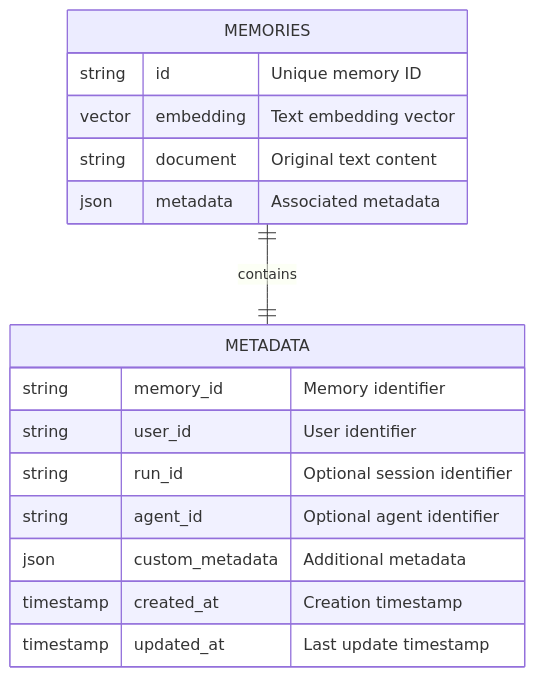
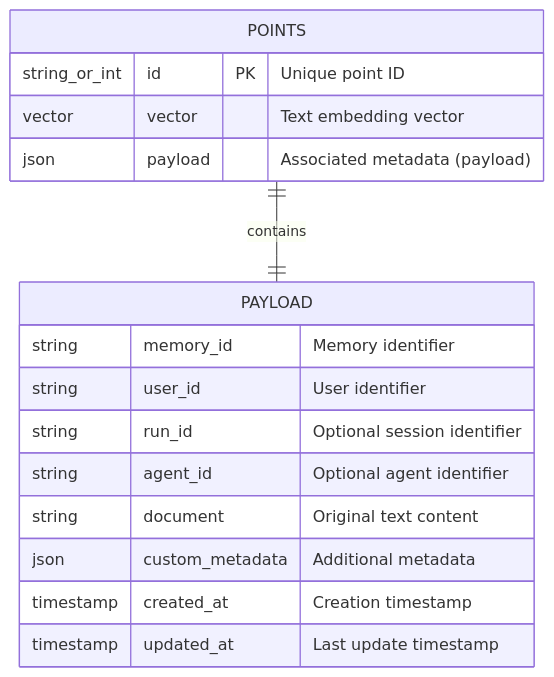
The eighth of 10 diagrams in dangeroo-mem0-mcp/docs/dangeroo-mcp-technical.md (darrynv/dangeroo), drawn with Mermaid before and after one commit. The commit also changed other lines of this file and 7 other files, not shown here.

````diff
--- a/dangeroo-mem0-mcp/docs/dangeroo-mcp-technical.md
+++ b/dangeroo-mem0-mcp/docs/dangeroo-mcp-technical.md
@@ -248,21 +248,21 @@
 ```mermaid
 erDiagram
-    MEMORIES {
-        string id "Unique memory ID"
-        vector embedding "Text embedding vector"
-        string document "Original text content"
-        json metadata "Associated metadata"
+    POINTS {
+        string_or_int id PK "Unique point ID"
+        vector vector "Text embedding vector"
+        json payload "Associated metadata (payload)"
     }
     
-    METADATA {
+    PAYLOAD {
         string memory_id "Memory identifier"
         string user_id "User identifier"
         string run_id "Optional session identifier"
         string agent_id "Optional agent identifier"
+        string document "Original text content"
         json custom_metadata "Additional metadata"
         timestamp created_at "Creation timestamp"
         timestamp updated_at "Last update timestamp"
     }
     
-    MEMORIES ||--|| METADATA : contains
+    POINTS ||--|| PAYLOAD : contains
 ```
````
